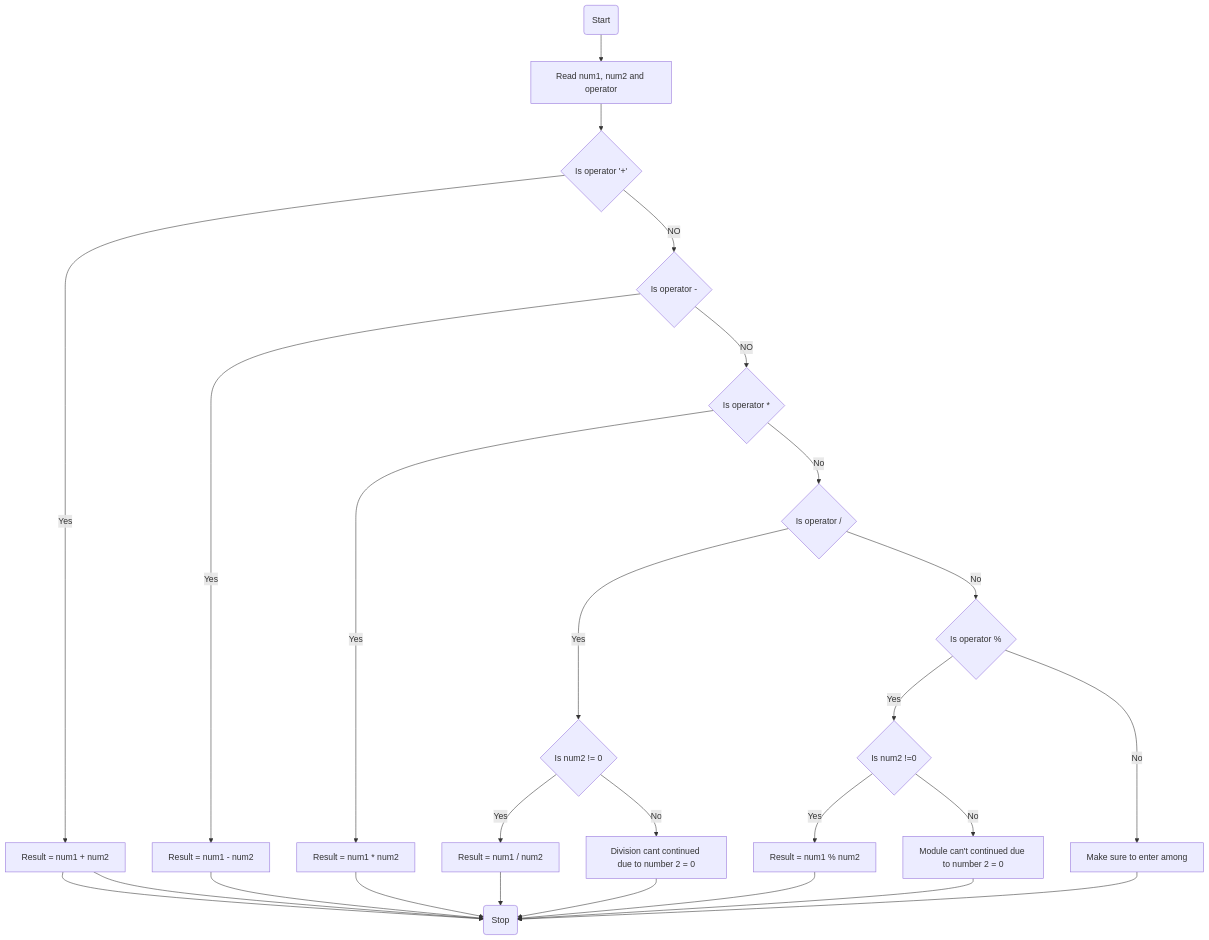
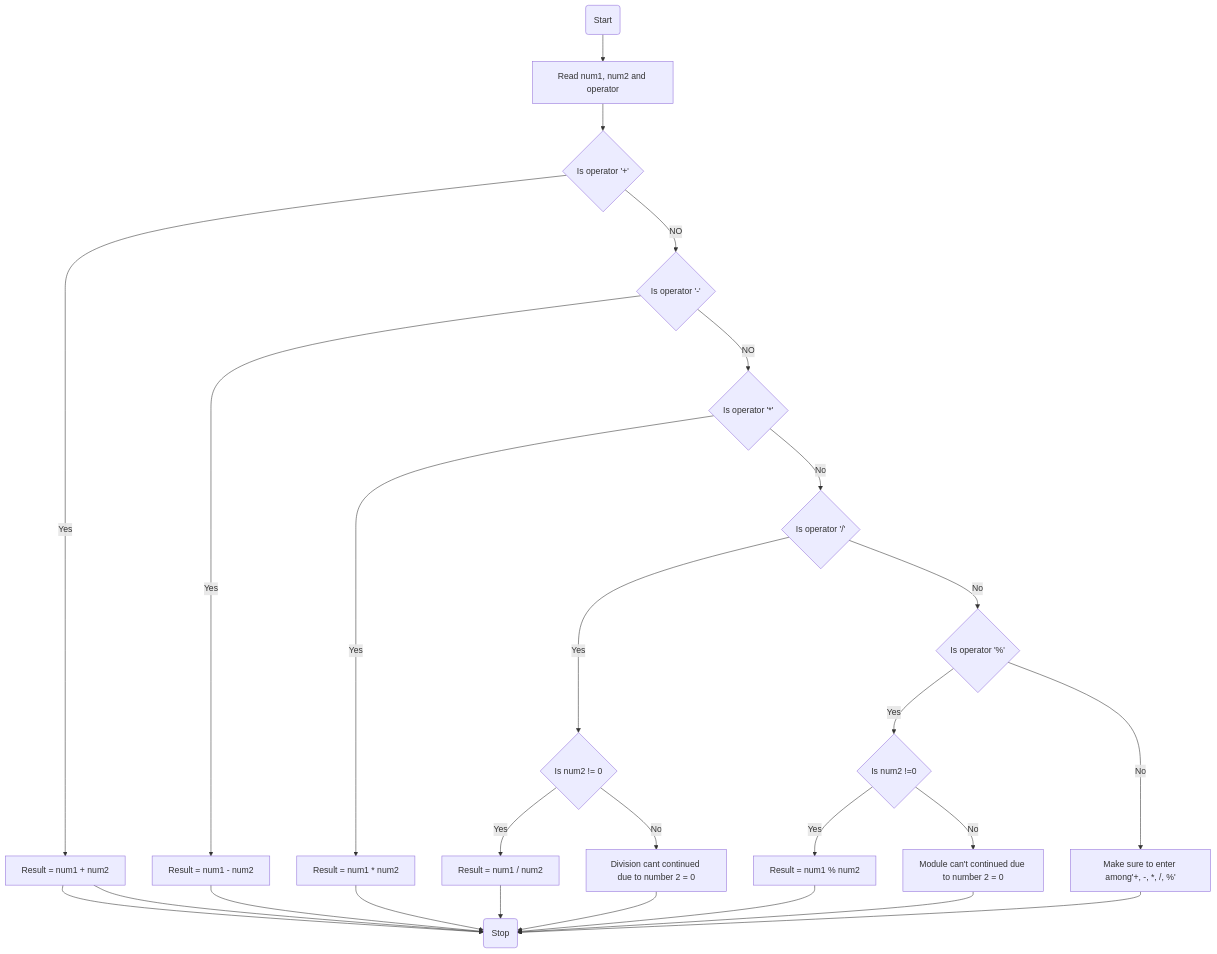
Before and after one commit to SWEG-2015EC-Batch/Code-Warrior: the diagram in ETS1351_15_Yabets_Maregn/simple_calculator/flowchart.md, drawn with Mermaid.

````diff
--- a/ETS1351_15_Yabets_Maregn/simple_calculator/flowchart.md
+++ b/ETS1351_15_Yabets_Maregn/simple_calculator/flowchart.md
@@ -1,28 +1,28 @@
 ```mermaid
 graph TD
 A(Start) --> B[Read num1, num2 and operator]
 B --> C{Is operator '+'}
 C -- Yes --> D[Result = num1 + num2]
-C -- NO --> E{Is operator -}
+C -- NO --> E{Is operator '-'}
 E -- Yes --> F[Result = num1 - num2]
-E -- NO --> G{Is operator *}
+E -- NO --> G{Is operator '*'}
 G -- Yes --> H[Result = num1 * num2]
-G -- No --> I{Is operator /}
+G -- No --> I{Is operator '/'}
 I -- Yes --> J{Is num2 != 0}
 J -- Yes --> K[Result = num1 / num2]
 J -- No --> L[Division cant continued due to number 2 = 0]
-I -- No --> M{Is operator %}
+I -- No --> M{Is operator '%'}
 M -- Yes --> N{Is num2 !=0}
 N -- Yes --> O[Result = num1 % num2]
 N -- No --> P[Module can't continued due to number 2 = 0]
-M -- No --> Q[Make sure to enter among]
+M -- No --> Q[Make sure to enter among'+, -, *, /, %']
 Q --> R(Stop)
 D --> R(Stop)
 F --> R(Stop)
 D --> R(Stop)
 H --> R(Stop)
 K --> R(Stop)
 L --> R(Stop)
 O --> R(Stop)
 P --> R(Stop)
 ```
````
